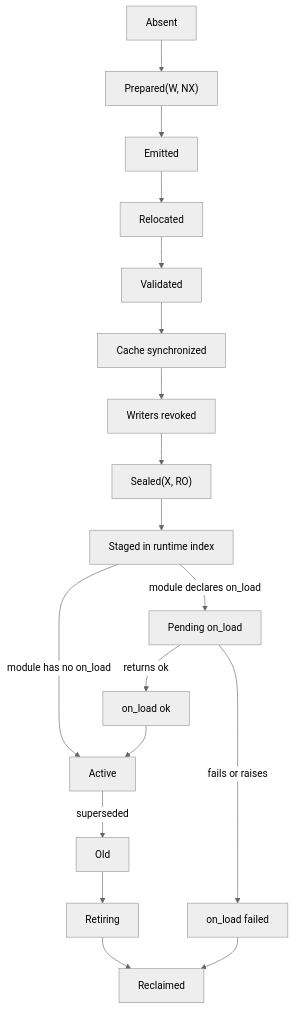
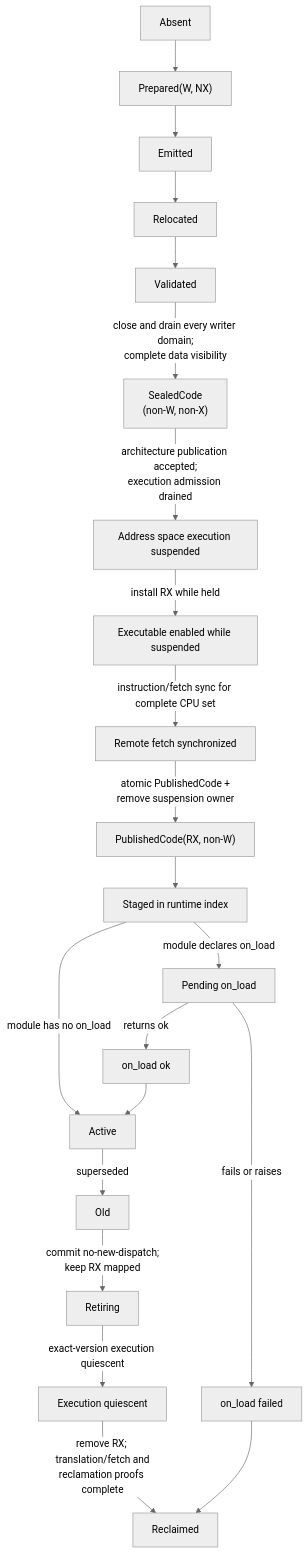
Before and after one commit to pcharbon70/atom-os-research: the diagram in 20-notes/managed-actor-runtime-components/code-execution-safe-points-and-version-publication.md, drawn with Mermaid (neutral theme). The commit also changed other lines of this file and 43 other files, not shown here.

Commit message:
research: deepen address translation architecture

````diff
--- a/20-notes/managed-actor-runtime-components/code-execution-safe-points-and-version-publication.md
+++ b/20-notes/managed-actor-runtime-components/code-execution-safe-points-and-version-publication.md
@@ -202,22 +205,25 @@
 ```mermaid
 flowchart TD
   cgp_absent["Absent"] --> cgp_prepared["Prepared(W, NX)"]
   cgp_prepared --> cgp_emitted["Emitted"]
   cgp_emitted --> cgp_relocated["Relocated"]
   cgp_relocated --> cgp_validated["Validated"]
-  cgp_validated --> cgp_cache["Cache synchronized"]
-  cgp_cache --> cgp_writers["Writers revoked"]
-  cgp_writers --> cgp_sealed["Sealed(X, RO)"]
-  cgp_sealed --> cgp_staged["Staged in runtime index"]
+  cgp_validated -->|"close and drain every writer domain;<br/>complete data visibility"| cgp_sealed["SealedCode<br/>(non-W, non-X)"]
+  cgp_sealed -->|"architecture publication accepted;<br/>execution admission drained"| cgp_suspended["Address space execution suspended"]
+  cgp_suspended -->|"install RX while held"| cgp_rx["Executable enabled while suspended"]
+  cgp_rx -->|"instruction/fetch sync for complete CPU set"| cgp_fetch["Remote fetch synchronized"]
+  cgp_fetch -->|"atomic PublishedCode +<br/>remove suspension owner"| cgp_published["PublishedCode(RX, non-W)"]
+  cgp_published --> cgp_staged["Staged in runtime index"]
 
   cgp_staged -->|"module has no on_load"| cgp_active["Active"]
   cgp_staged -->|"module declares on_load"| cgp_pending["Pending on_load"]
   cgp_pending -->|"returns ok"| cgp_onload_ok["on_load ok"]
   cgp_onload_ok --> cgp_active
   cgp_pending -->|"fails or raises"| cgp_onload_failed["on_load failed"]
   cgp_onload_failed --> cgp_reclaimed["Reclaimed"]
 
   cgp_active -->|"superseded"| cgp_old["Old"]
-  cgp_old --> cgp_retiring["Retiring"]
-  cgp_retiring --> cgp_reclaimed
+  cgp_old -->|"commit no-new-dispatch;<br/>keep RX mapped"| cgp_retiring["Retiring"]
+  cgp_retiring -->|"exact-version execution quiescent"| cgp_quiet["Execution quiescent"]
+  cgp_quiet -->|"remove RX; translation/fetch and<br/>reclamation proofs complete"| cgp_reclaimed
 ```
````
